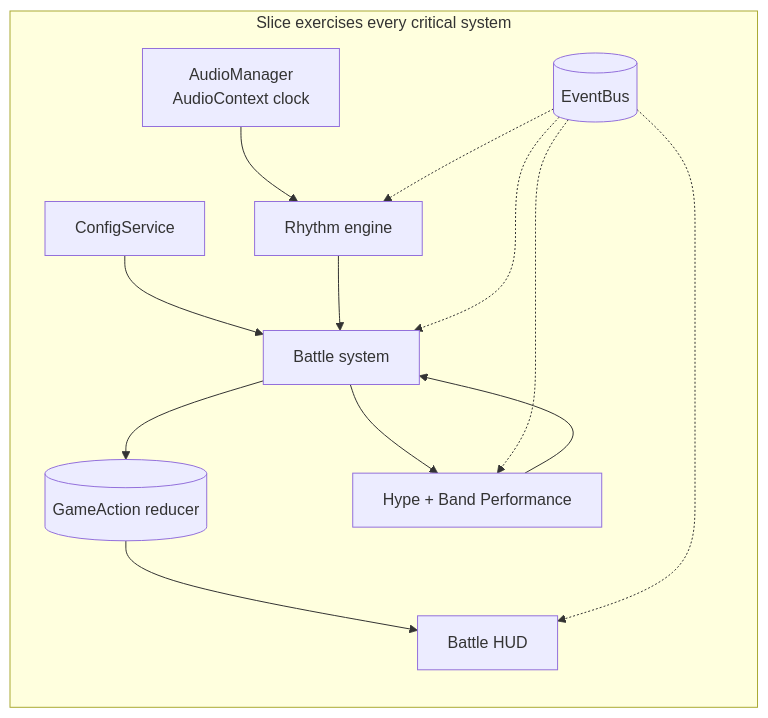
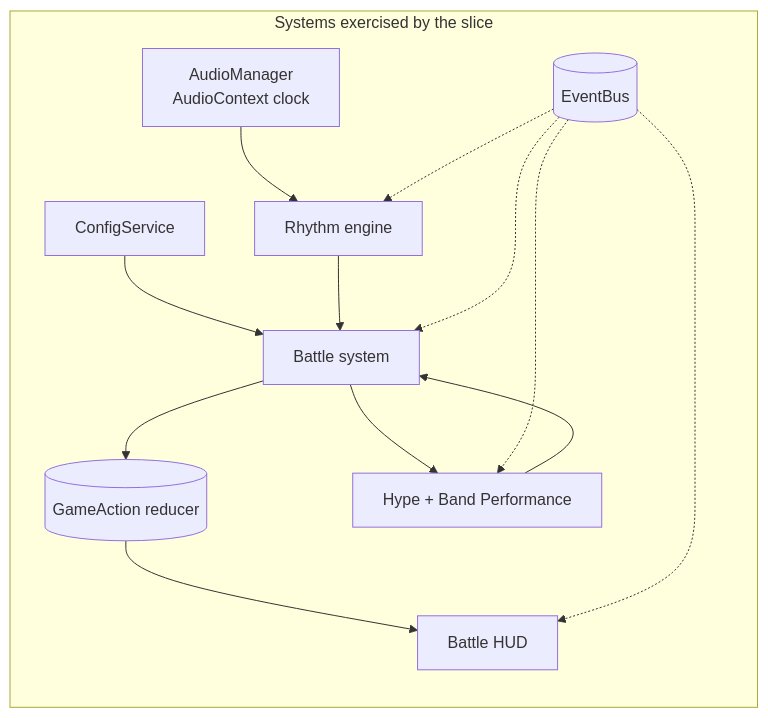
One commit to gideonmarked/harmony-isles changed the second of 2 diagrams in ROADMAP.md. Above: the diagram before and after it, drawn with Mermaid. The commit also changed other lines of this file, not shown here.

First line of the commit message:
docs: Rewrite ROADMAP.md for hackathon scope

````diff
--- a/ROADMAP.md
+++ b/ROADMAP.md
@@ -38,25 +23,25 @@
 ```mermaid
 flowchart LR
-    subgraph Slice["Slice exercises every critical system"]
+    subgraph Slice["Systems exercised by the slice"]
         direction TB
         Bus[(EventBus)]
         State[(GameAction reducer)]
         Cfg[ConfigService]
         Audio[AudioManager<br/>AudioContext clock]
         Rhythm[Rhythm engine]
         Battle[Battle system]
         Hype[Hype + Band Performance]
         UI[Battle HUD]
         Cfg --> Battle
         Audio --> Rhythm
         Rhythm --> Battle
         Battle --> State
         Battle --> Hype
         Hype --> Battle
         State --> UI
         Bus -.-> Battle
         Bus -.-> Rhythm
         Bus -.-> Hype
         Bus -.-> UI
     end
 ```
````
